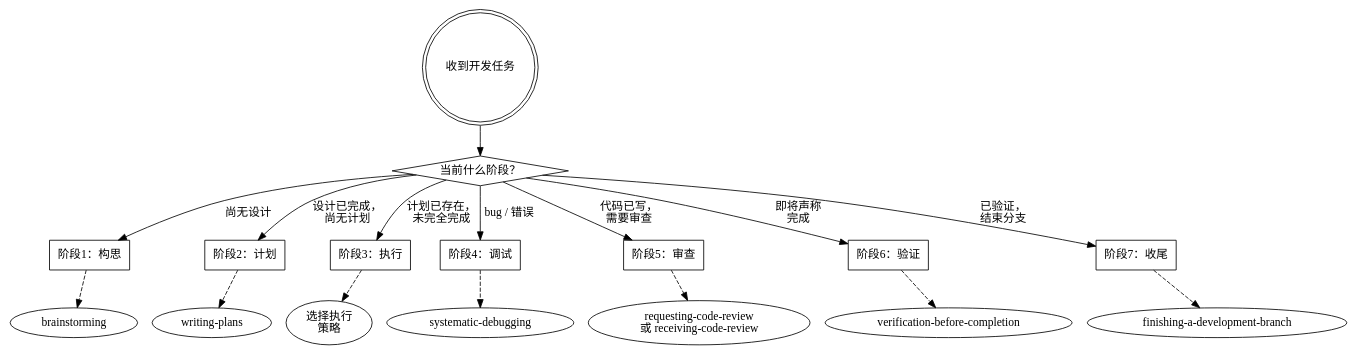
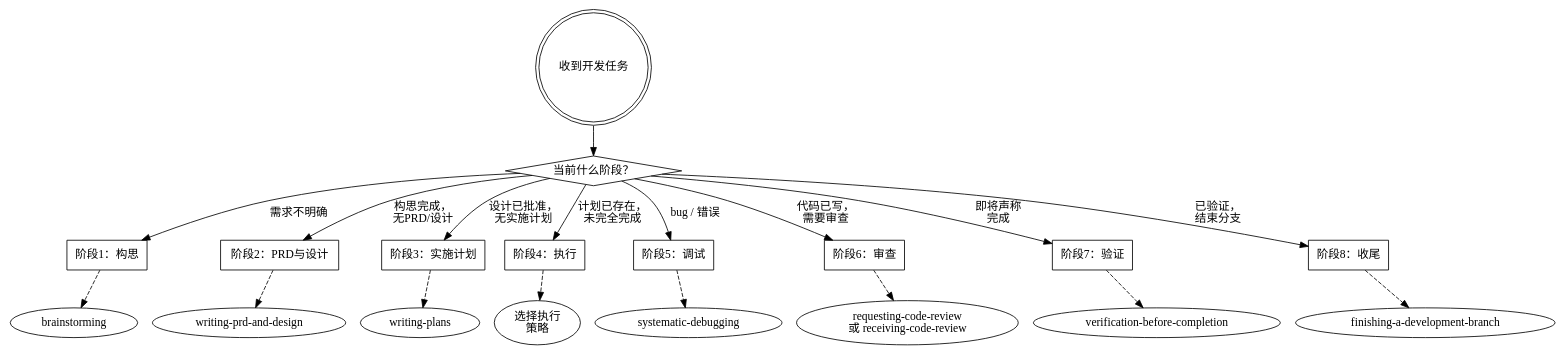
Before and after one commit to openbot-coder/coding-skills: the diagram in coding-skills/SKILL.md, drawn with Graphviz. The commit also changed other lines of this file and 6 other files, not shown here.

Commit message:
feat: add PRD and design phase

````diff
--- a/coding-skills/SKILL.md
+++ b/coding-skills/SKILL.md
@@ -128,30 +128,33 @@
 ```dot
 digraph coding_lifecycle {
     "收到开发任务" [shape=doublecircle];
     "当前什么阶段？" [shape=diamond];
     "阶段1：构思" [shape=box];
-    "阶段2：计划" [shape=box];
-    "阶段3：执行" [shape=box];
-    "阶段4：调试" [shape=box];
-    "阶段5：审查" [shape=box];
-    "阶段6：验证" [shape=box];
-    "阶段7：收尾" [shape=box];
+    "阶段2：PRD与设计" [shape=box];
+    "阶段3：实施计划" [shape=box];
+    "阶段4：执行" [shape=box];
+    "阶段5：调试" [shape=box];
+    "阶段6：审查" [shape=box];
+    "阶段7：验证" [shape=box];
+    "阶段8：收尾" [shape=box];
 
     "收到开发任务" -> "当前什么阶段？";
-    "当前什么阶段？" -> "阶段1：构思" [label="尚无设计"];
-    "当前什么阶段？" -> "阶段2：计划" [label="设计已完成，\n尚无计划"];
-    "当前什么阶段？" -> "阶段3：执行" [label="计划已存在，\n未完全完成"];
-    "当前什么阶段？" -> "阶段4：调试" [label="bug / 错误"];
-    "当前什么阶段？" -> "阶段5：审查" [label="代码已写，\n需要审查"];
-    "当前什么阶段？" -> "阶段6：验证" [label="即将声称\n完成"];
-    "当前什么阶段？" -> "阶段7：收尾" [label="已验证，\n结束分支"];
+    "当前什么阶段？" -> "阶段1：构思" [label="需求不明确"];
+    "当前什么阶段？" -> "阶段2：PRD与设计" [label="构思完成，\n无PRD/设计"];
+    "当前什么阶段？" -> "阶段3：实施计划" [label="设计已批准，\n无实施计划"];
+    "当前什么阶段？" -> "阶段4：执行" [label="计划已存在，\n未完全完成"];
+    "当前什么阶段？" -> "阶段5：调试" [label="bug / 错误"];
+    "当前什么阶段？" -> "阶段6：审查" [label="代码已写，\n需要审查"];
+    "当前什么阶段？" -> "阶段7：验证" [label="即将声称\n完成"];
+    "当前什么阶段？" -> "阶段8：收尾" [label="已验证，\n结束分支"];
 
     "阶段1：构思" -> "brainstorming" [style=dashed];
-    "阶段2：计划" -> "writing-plans" [style=dashed];
-    "阶段3：执行" -> "选择执行\n策略" [style=dashed];
-    "阶段4：调试" -> "systematic-debugging" [style=dashed];
-    "阶段5：审查" -> "requesting-code-review\n或 receiving-code-review" [style=dashed];
-    "阶段6：验证" -> "verification-before-completion" [style=dashed];
-    "阶段7：收尾" -> "finishing-a-development-branch" [style=dashed];
+    "阶段2：PRD与设计" -> "writing-prd-and-design" [style=dashed];
+    "阶段3：实施计划" -> "writing-plans" [style=dashed];
+    "阶段4：执行" -> "选择执行\n策略" [style=dashed];
+    "阶段5：调试" -> "systematic-debugging" [style=dashed];
+    "阶段6：审查" -> "requesting-code-review\n或 receiving-code-review" [style=dashed];
+    "阶段7：验证" -> "verification-before-completion" [style=dashed];
+    "阶段8：收尾" -> "finishing-a-development-branch" [style=dashed];
 }
 ```
````
